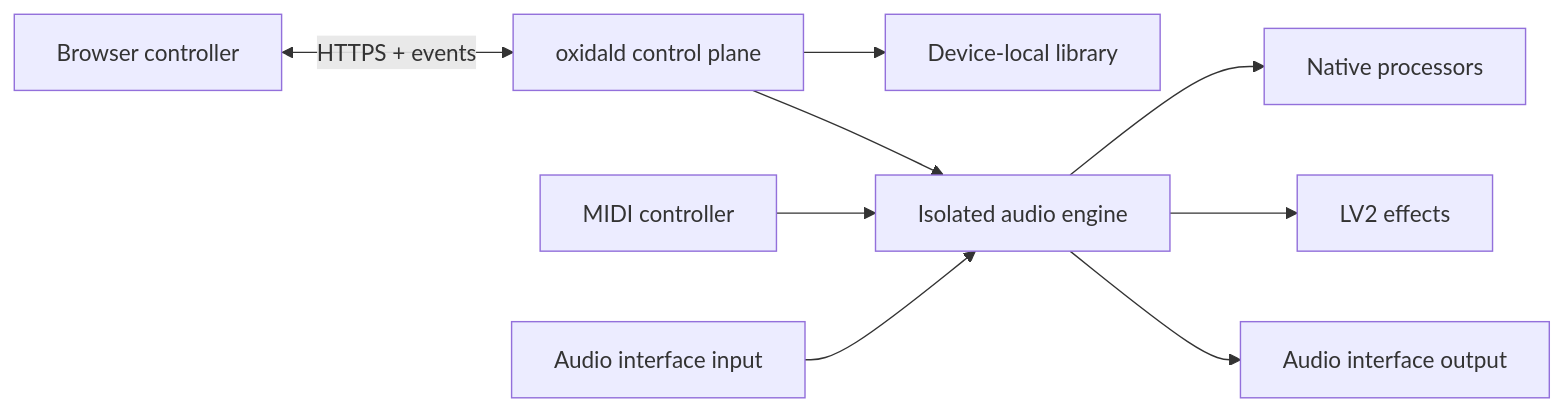
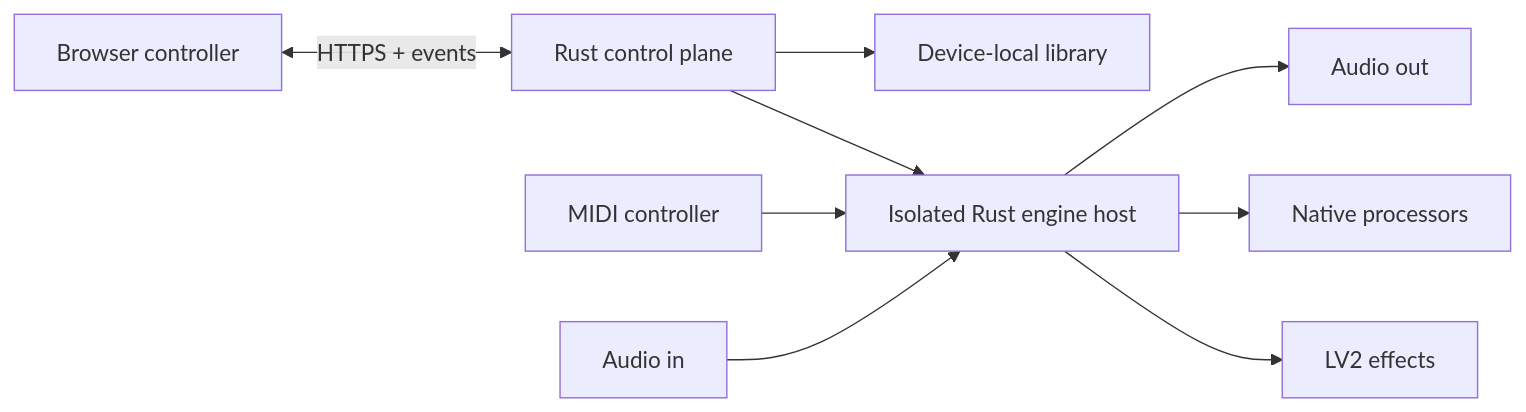
The diagram in README.md (oxidalhq/oxidal), drawn with Mermaid before and after one commit. The commit also changed other lines of this file and 21 other files, not shown here.

````diff
--- a/README.md
+++ b/README.md
@@ -52,10 +51,10 @@
 ```mermaid
 flowchart LR
-    Browser[Browser controller] <-->|HTTPS + events| Daemon[oxidald control plane]
-    Daemon --> Library[Device-local library]
-    Daemon --> Engine[Isolated audio engine]
-    MIDI[MIDI controller] --> Engine
-    Engine --> Native[Native processors]
-    Engine --> LV2[LV2 effects]
-    AudioIn[Audio interface input] --> Engine --> AudioOut[Audio interface output]
+    UI[Browser controller] <-->|HTTPS + events| API[Rust control plane]
+    API --> Store[Device-local library]
+    API --> DSP[Isolated Rust engine host]
+    MIDI[MIDI controller] --> DSP
+    Input[Audio in] --> DSP --> Output[Audio out]
+    DSP --> Native[Native processors]
+    DSP --> LV2[LV2 effects]
 ```
````
